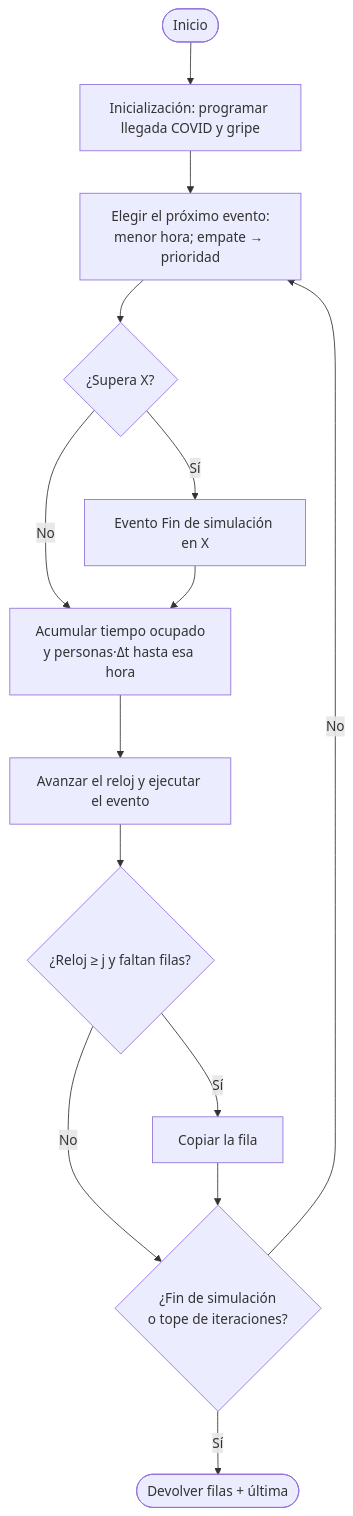
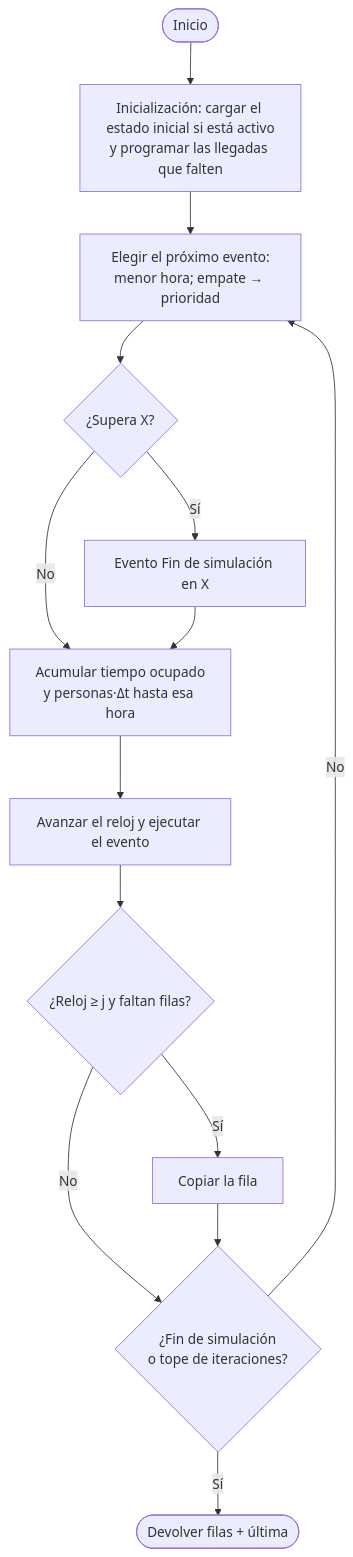
The fourth of 4 diagrams in README.md (AaronPana/SIM_2026_4K4_TP4), drawn with Mermaid before and after one commit. The commit also changed other lines of this file and 8 other files, not shown here.

Commit message:
feat: carga estado inicial

````diff
--- a/README.md
+++ b/README.md
@@ -490,16 +564,16 @@
 ```mermaid
 flowchart TD
-    S([Inicio]) --> I[Inicialización: programar llegada COVID y gripe]
+    S([Inicio]) --> I[Inicialización: cargar el estado inicial si está activo<br/>y programar las llegadas que falten]
     I --> P[Elegir el próximo evento:<br/>menor hora; empate → prioridad]
     P --> X{¿Supera X?}
     X -- Sí --> F[Evento Fin de simulación en X]
     X -- No --> A[Acumular tiempo ocupado<br/>y personas·Δt hasta esa hora]
     F --> A
     A --> R[Avanzar el reloj y ejecutar el evento]
     R --> C{¿Reloj ≥ j y faltan filas?}
     C -- Sí --> K[Copiar la fila]
     C -- No --> T
     K --> T{¿Fin de simulación<br/>o tope de iteraciones?}
     T -- No --> P
     T -- Sí --> FIN([Devolver filas + última])
 ```
````
